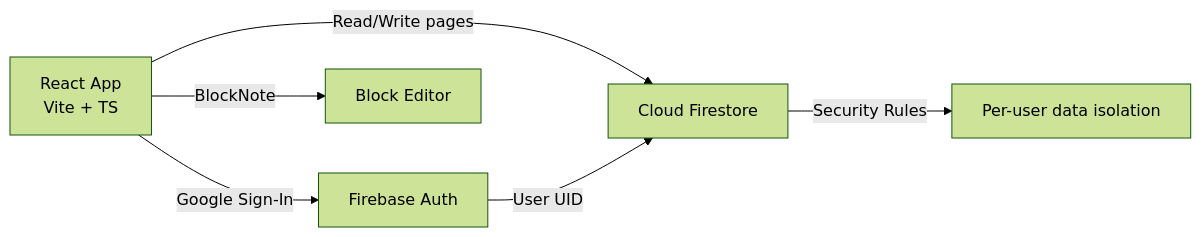
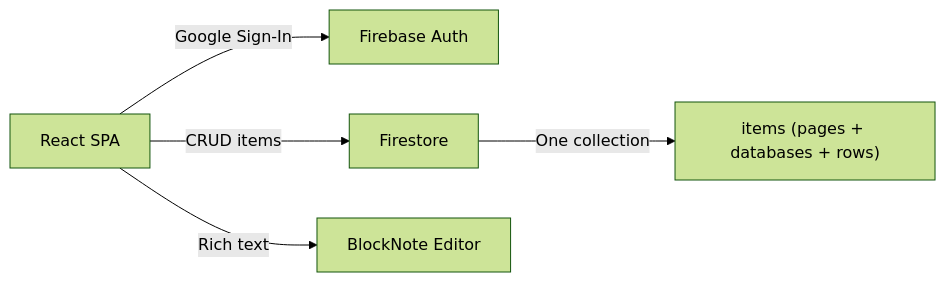
Before and after one commit to vikash1a/slate: the diagram in .plan/implementation_plan.md, drawn with Mermaid (forest theme). The commit also changed other lines of this file and 1 other file, not shown here.

Commit message:
chore: update schema to unified Item model (Option B) and revised implementation plan

````diff
--- a/.plan/implementation_plan.md
+++ b/.plan/implementation_plan.md
@@ -21,8 +22,7 @@
 ```mermaid
 graph LR
-    A[React App<br/>Vite + TS] -->|Google Sign-In| B[Firebase Auth]
-    A -->|Read/Write pages| C[Cloud Firestore]
-    A -->|BlockNote| D[Block Editor]
-    B -->|User UID| C
-    C -->|Security Rules| E[Per-user data isolation]
+    A[React SPA] -->|Google Sign-In| B[Firebase Auth]
+    A -->|CRUD items| C[Firestore]
+    A -->|Rich text| D[BlockNote Editor]
+    C -->|One collection| E["items (pages + databases + rows)"]
 ```
````
